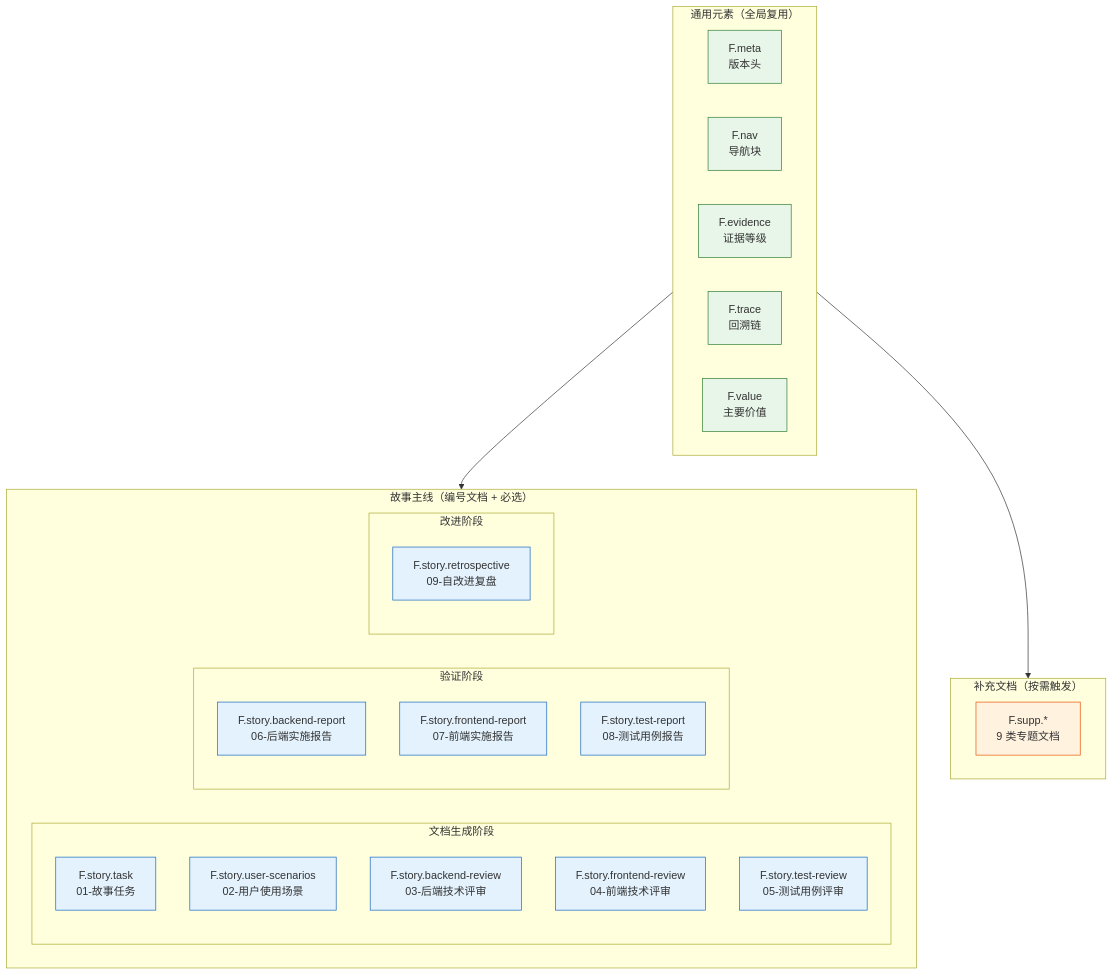
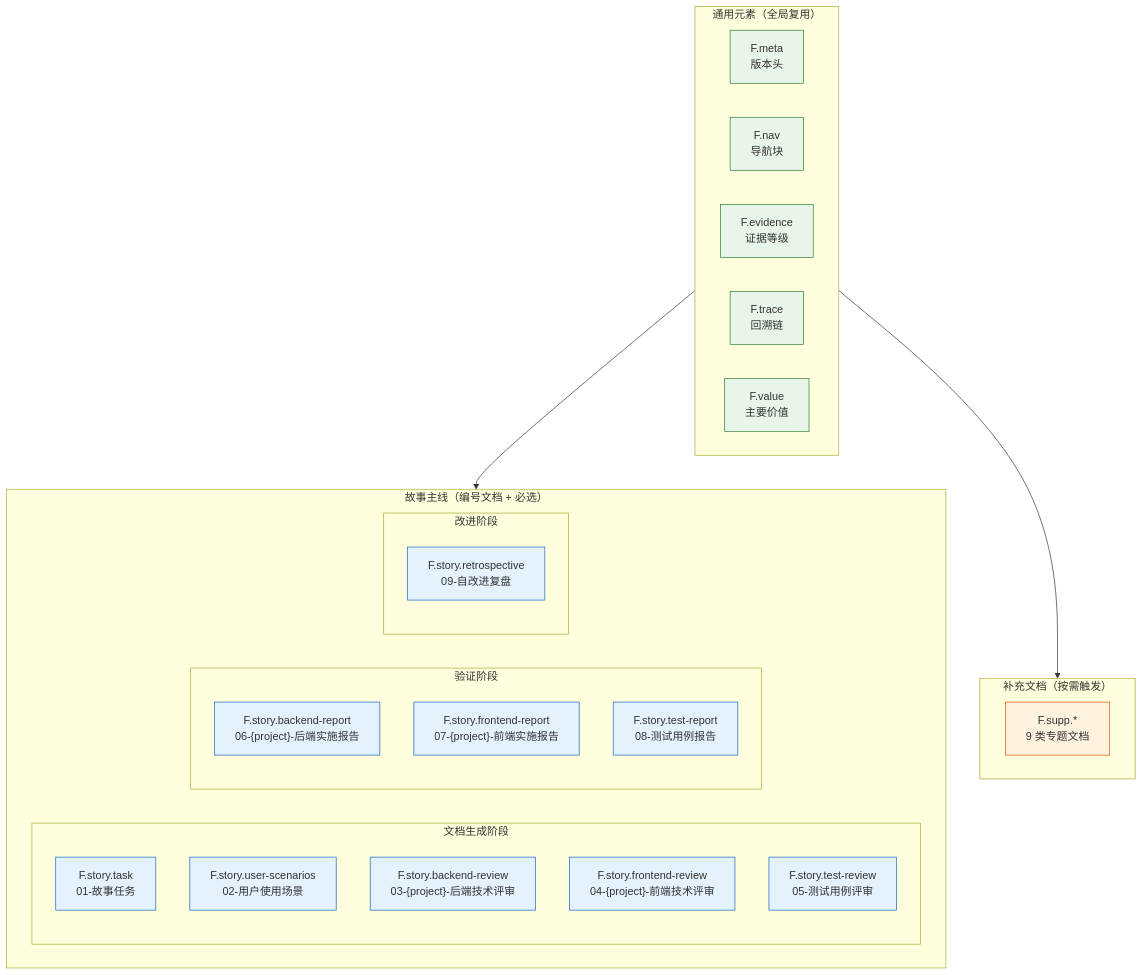
Before and after one commit to effiy/YrY: the first of 14 diagrams in skills/rui/formulas.md, drawn with Mermaid. The commit also changed other lines of this file and 9 other files, not shown here.

````diff
--- a/skills/rui/formulas.md
+++ b/skills/rui/formulas.md
@@ -5,42 +5,42 @@
 ```mermaid
 flowchart TB
     subgraph 通用["通用元素（全局复用）"]
         F.meta["F.meta<br/>版本头"]
         F.nav["F.nav<br/>导航块"]
         F.evidence["F.evidence<br/>证据等级"]
         F.trace["F.trace<br/>回溯链"]
         F.value["F.value<br/>主要价值"]
     end
 
     subgraph 主线["故事主线（编号文档 + 必选）"]
         subgraph 生成["文档生成阶段"]
             F01["F.story.task<br/>01-故事任务"]
             F02["F.story.user-scenarios<br/>02-用户使用场景"]
-            F03["F.story.backend-review<br/>03-后端技术评审"]
-            F04["F.story.frontend-review<br/>04-前端技术评审"]
+            F03["F.story.backend-review<br/>03-{project}-后端技术评审"]
+            F04["F.story.frontend-review<br/>04-{project}-前端技术评审"]
             F05["F.story.test-review<br/>05-测试用例评审"]
         end
         subgraph 验证["验证阶段"]
-            F06["F.story.backend-report<br/>06-后端实施报告"]
-            F07["F.story.frontend-report<br/>07-前端实施报告"]
+            F06["F.story.backend-report<br/>06-{project}-后端实施报告"]
+            F07["F.story.frontend-report<br/>07-{project}-前端实施报告"]
             F08["F.story.test-report<br/>08-测试用例报告"]
         end
         subgraph 改进["改进阶段"]
             F09["F.story.retrospective<br/>09-自改进复盘"]
         end
     end
 
     subgraph 补充["补充文档（按需触发）"]
         FS["F.supp.*<br/>9 类专题文档"]
     end
 
     通用 --> 主线
     通用 --> 补充
 
     classDef gen fill:#e8f5e9,stroke:#2e7d32;
     classDef story fill:#e3f2fd,stroke:#1565c0;
     classDef supp fill:#fff3e0,stroke:#e65100;
     class F.meta,F.nav,F.evidence,F.trace,F.value gen;
     class F01,F02,F03,F04,F05,F06,F07,F08,F09 story;
     class FS supp;
 ```
````
